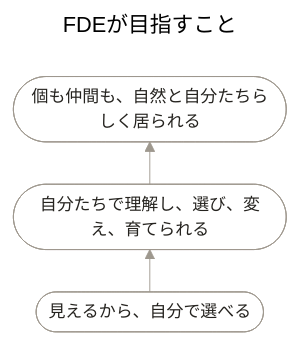
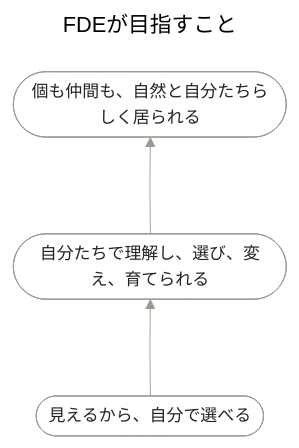
The first of 10 diagrams in examples/maakbo-fde/README.md (maakbo/fde), drawn with Mermaid before and after one commit. The commit also changed other lines of this file, not shown here.

First line of the commit message:
docs: use consistent Dagre curves in FDE examples

````diff
--- a/examples/maakbo-fde/README.md
+++ b/examples/maakbo-fde/README.md
@@ -30,31 +30,31 @@
 ```mermaid
 ---
 title: FDEが目指すこと
 config:
-  layout: elk
+  layout: dagre
   theme: neutral
   flowchart:
     curve: basis
     diagramPadding: 40
     htmlLabels: true
     nodeSpacing: 64
     rankSpacing: 80
     padding: 12
   themeVariables:
     background: "#FFFFFF"
     lineColor: "#9E988E"
     fontFamily: "Inter, Hiragino Sans, sans-serif"
     fontSize: "14px"
 ---
 flowchart BT
   o_enabling(["見えるから、自分で選べる"])
   s_desired(["自分たちで理解し、選び、変え、育てられる"])
   p_ultimate(["個も仲間も、自然と自分たちらしく居られる"])
 
   o_enabling --> s_desired
   s_desired --> p_ultimate
 
   class o_enabling,s_desired,p_ultimate meaning;
   classDef meaning fill:#FFFFFF,stroke:#9E988E,color:#25231F,stroke-width:0.75px;
   linkStyle default stroke:#9E988E,stroke-width:0.75px;
 ```
````
